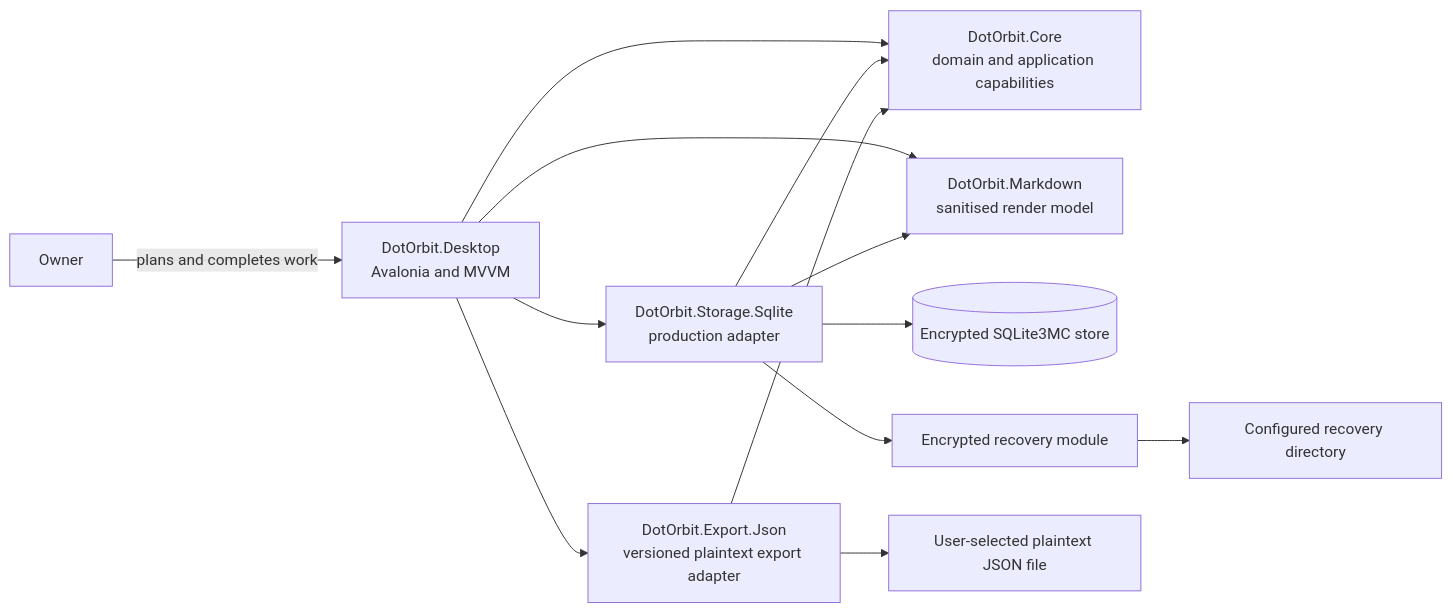
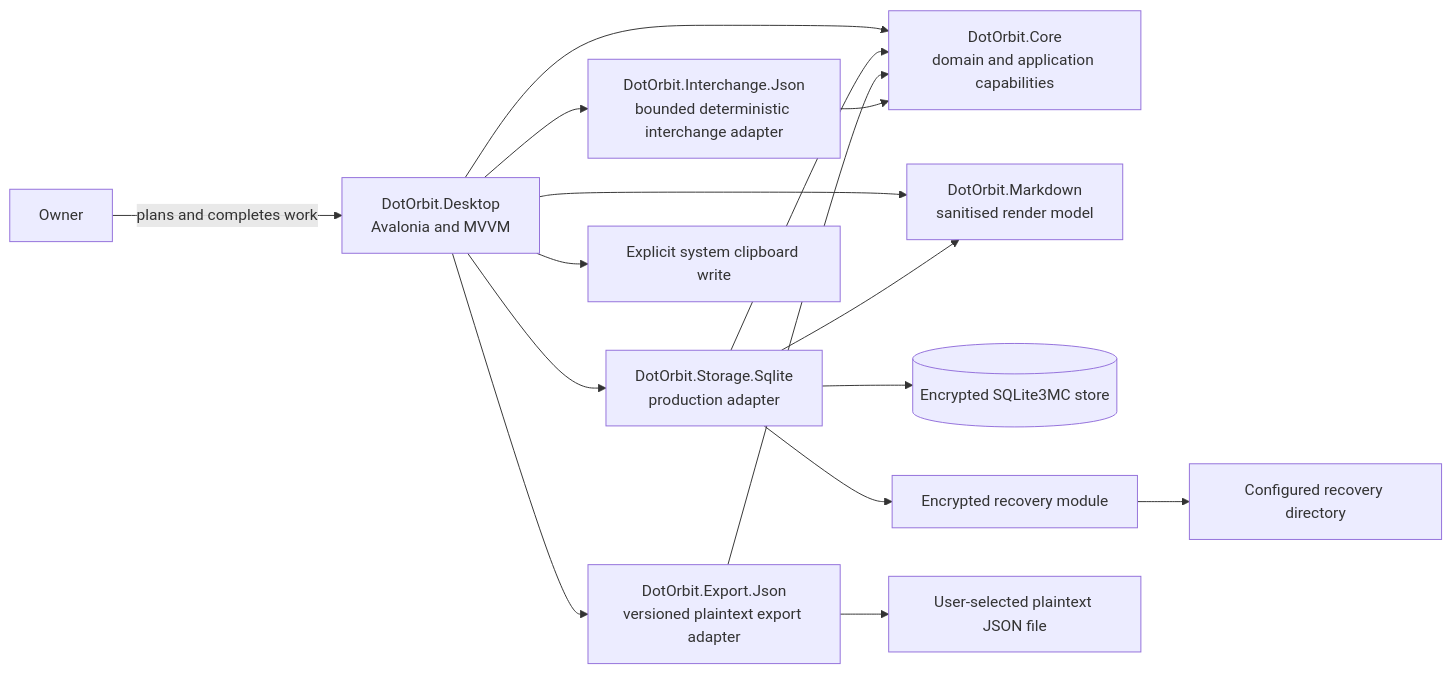
The first of 2 diagrams in docs/architecture/system-context.md (nullabletype/dot-orbit), drawn with Mermaid before and after one commit. The commit also changed other lines of this file and 23 other files, not shown here.

````diff
--- a/docs/architecture/system-context.md
+++ b/docs/architecture/system-context.md
@@ -5,15 +5,18 @@
 ```mermaid
 flowchart LR
     Owner[Owner] -->|plans and completes work| Desktop[DotOrbit.Desktop<br/>Avalonia and MVVM]
     Desktop --> Core[DotOrbit.Core<br/>domain and application capabilities]
     Desktop --> Storage[DotOrbit.Storage.Sqlite<br/>production adapter]
     Desktop --> Markdown[DotOrbit.Markdown<br/>sanitised render model]
     Desktop --> Export[DotOrbit.Export.Json<br/>versioned plaintext export adapter]
+    Desktop --> Interchange[DotOrbit.Interchange.Json<br/>bounded deterministic interchange adapter]
     Storage --> Core
     Storage --> Markdown
     Export --> Core
+    Interchange --> Core
     Storage --> Store[(Encrypted SQLite3MC store)]
     Storage --> Recovery[Encrypted recovery module]
     Recovery --> BackupFolder[Configured recovery directory]
     Export --> ExportFile[User-selected plaintext JSON file]
+    Desktop --> Clipboard[Explicit system clipboard write]
 ```
````
